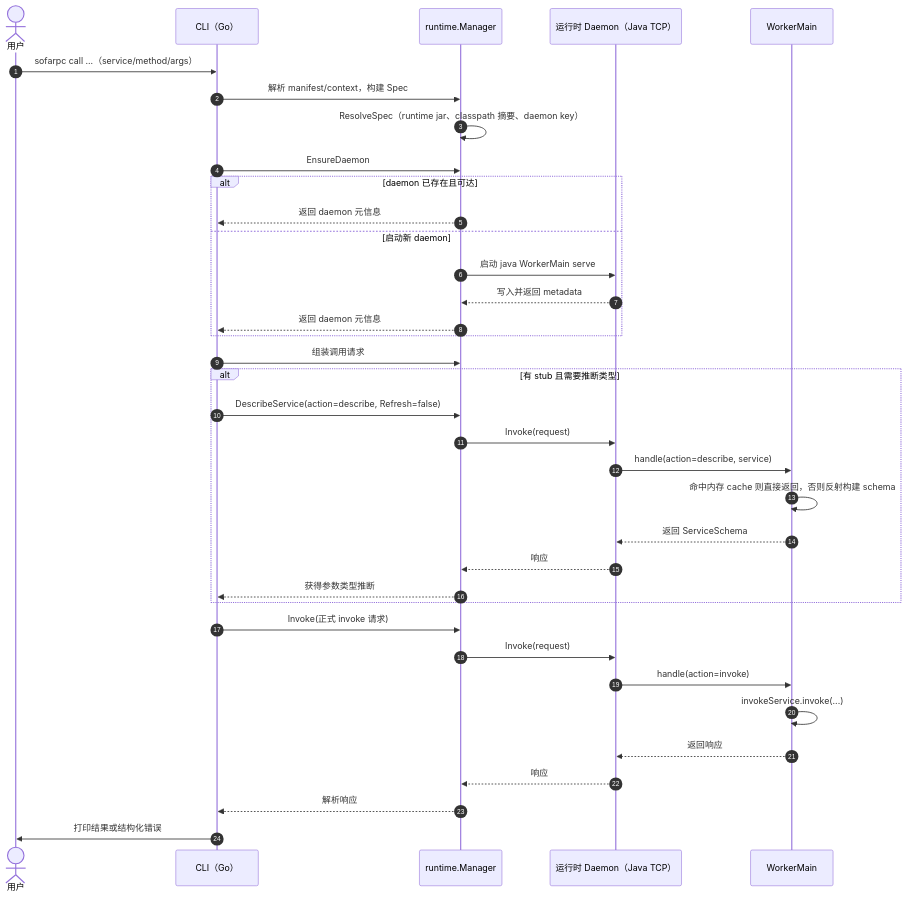
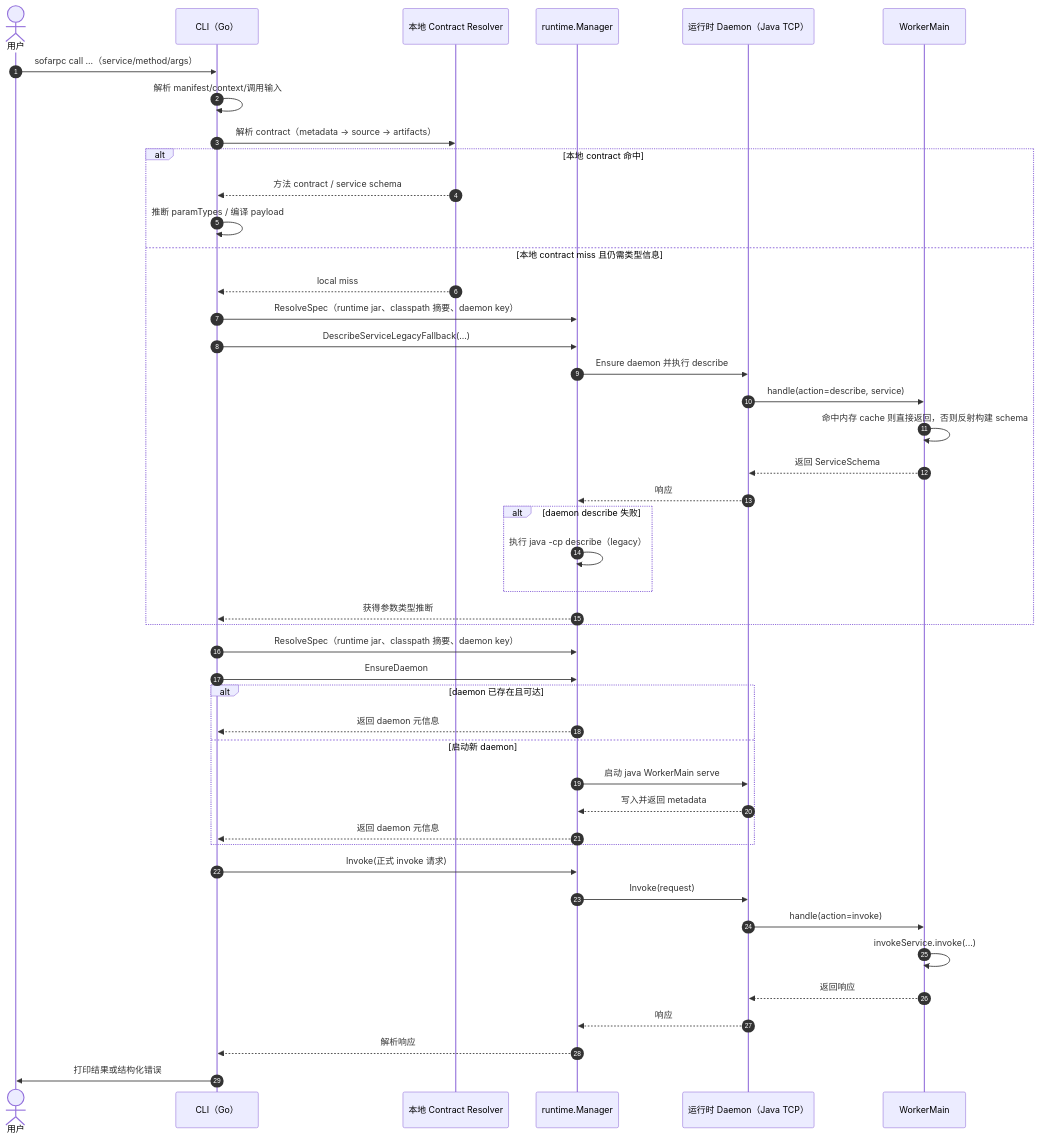
The first of 2 diagrams in docs/usage.zh-CN.md (hex1n/sofarpc-cli), drawn with Mermaid before and after one commit. The commit also changed other lines of this file and 46 other files, not shown here.

````diff
--- a/docs/usage.zh-CN.md
+++ b/docs/usage.zh-CN.md
@@ -262,40 +293,48 @@
 ```mermaid
 sequenceDiagram
     autonumber
     actor U as 用户
     participant C as CLI（Go）
+    participant M as 本地 Contract Resolver
     participant R as runtime.Manager
     participant D as 运行时 Daemon（Java TCP）
     participant W as WorkerMain
 
     U->>C: sofarpc call ...（service/method/args）
-    C->>R: 解析 manifest/context，构建 Spec
-    R->>R: ResolveSpec（runtime jar、classpath 摘要、daemon key）
+    C->>C: 解析 manifest/context/调用输入
+    C->>M: 解析 contract（metadata -> source -> artifacts）
+    alt 本地 contract 命中
+        M-->>C: 方法 contract / service schema
+        C->>C: 推断 paramTypes / 编译 payload
+    else 本地 contract miss 且仍需类型信息
+        M-->>C: local miss
+        C->>R: ResolveSpec（runtime jar、classpath 摘要、daemon key）
+        C->>R: DescribeServiceLegacyFallback(...)
+        R->>D: Ensure daemon 并执行 describe
+        D->>W: handle(action=describe, service)
+        W->>W: 命中内存 cache 则直接返回，否则反射构建 schema
+        W-->>D: 返回 ServiceSchema
+        D-->>R: 响应
+        alt daemon describe 失败
+            R->>R: 执行 java -cp describe（legacy）
+        end
+        R-->>C: 获得参数类型推断
+    end
+    C->>R: ResolveSpec（runtime jar、classpath 摘要、daemon key）
     C->>R: EnsureDaemon
     alt daemon 已存在且可达
         R-->>C: 返回 daemon 元信息
     else 启动新 daemon
         R->>D: 启动 java WorkerMain serve
         D-->>R: 写入并返回 metadata
         R-->>C: 返回 daemon 元信息
-    end
-
-    C->>R: 组装调用请求
-    alt 有 stub 且需要推断类型
-        C->>R: DescribeService(action=describe, Refresh=false)
-        R->>D: Invoke(request)
-        D->>W: handle(action=describe, service)
-        W->>W: 命中内存 cache 则直接返回，否则反射构建 schema
-        W-->>D: 返回 ServiceSchema
-        D-->>R: 响应
-        R-->>C: 获得参数类型推断
     end
     C->>R: Invoke(正式 invoke 请求)
     R->>D: Invoke(request)
     D->>W: handle(action=invoke)
     W->>W: invokeService.invoke(...)
     W-->>D: 返回响应
     D-->>R: 响应
     R-->>C: 解析响应
     C->>U: 打印结果或结构化错误
 ```
````
